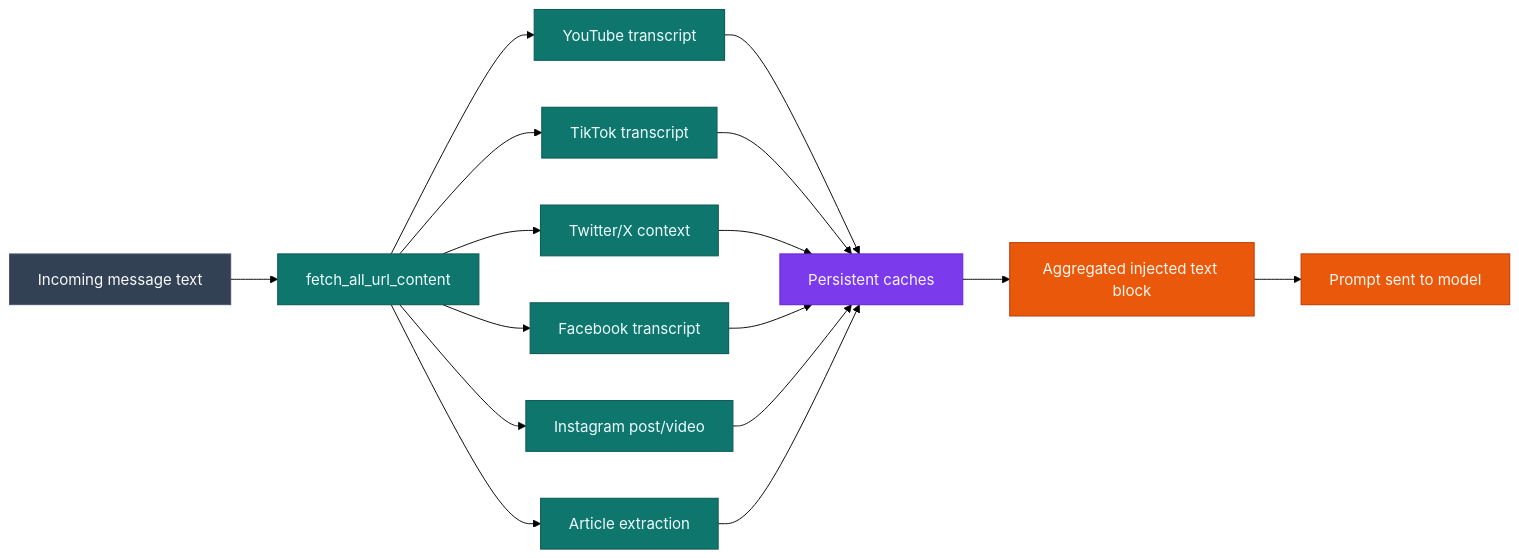
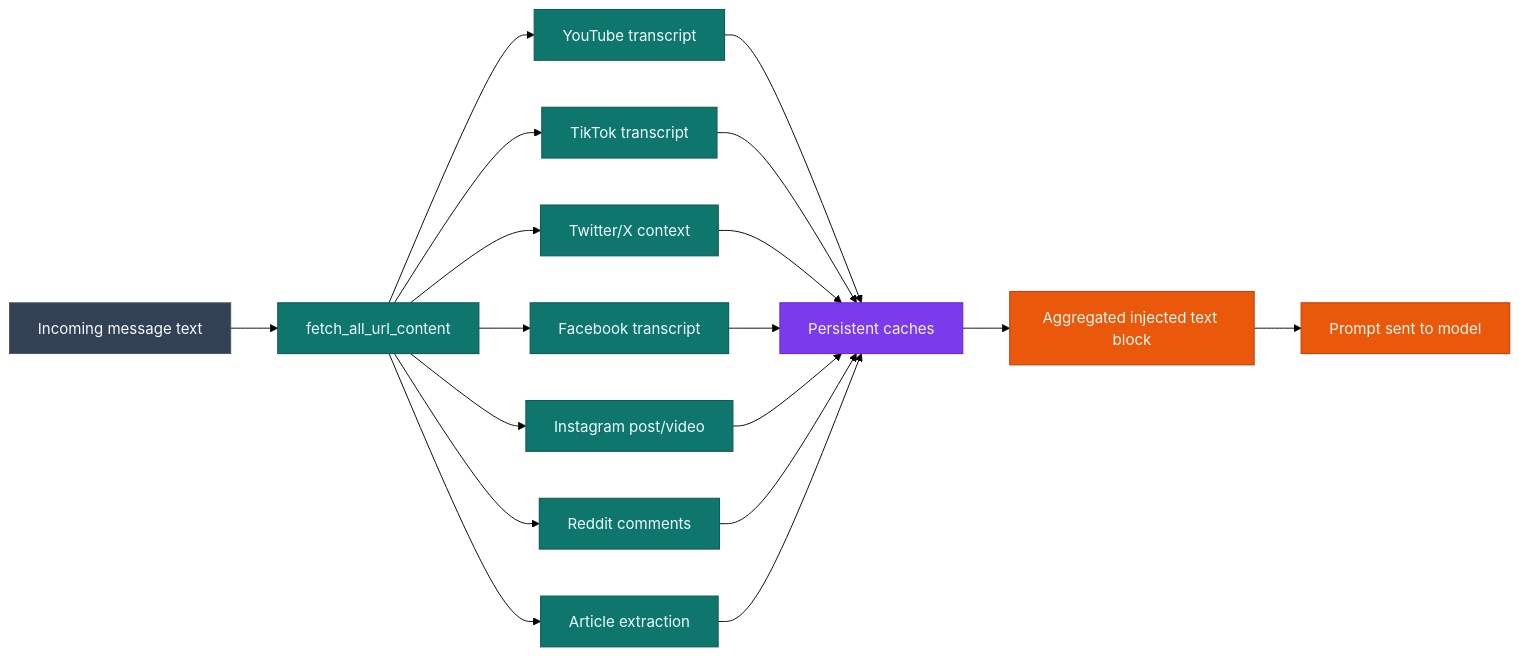
The fourth of 5 diagrams in docs/architecture.md (jobeus/cmwgpt), drawn with Mermaid (forest theme) before and after one commit. The commit also changed other lines of this file and 8 other files, not shown here.

````diff
--- a/docs/architecture.md
+++ b/docs/architecture.md
@@ -253,25 +253,27 @@
 ```mermaid
 flowchart LR
     classDef in fill:#334155,color:#f8fafc,stroke:#475569,stroke-width:1px;
     classDef src fill:#0f766e,color:#ecfeff,stroke:#115e59,stroke-width:1.2px;
     classDef cache fill:#7c3aed,color:#f5f3ff,stroke:#6d28d9,stroke-width:1.2px;
     classDef out fill:#ea580c,color:#fff7ed,stroke:#c2410c,stroke-width:1.2px;
 
     Msg[Incoming message text]:::in --> Discover[fetch_all_url_content]:::src
     Discover --> YT[YouTube transcript]:::src
     Discover --> TT[TikTok transcript]:::src
     Discover --> TW[Twitter/X context]:::src
     Discover --> FB[Facebook transcript]:::src
     Discover --> IG[Instagram post/video]:::src
+    Discover --> RD[Reddit comments]:::src
     Discover --> AR[Article extraction]:::src
 
     YT --> Cache[Persistent caches]:::cache
     TT --> Cache
     TW --> Cache
     FB --> Cache
     IG --> Cache
+    RD --> Cache
     AR --> Cache
 
     Cache --> Aggregate[Aggregated injected text block]:::out
     Aggregate --> Prompt[Prompt sent to model]:::out
 ```
````
